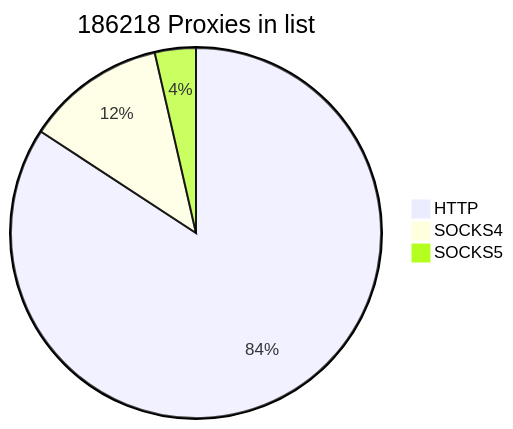
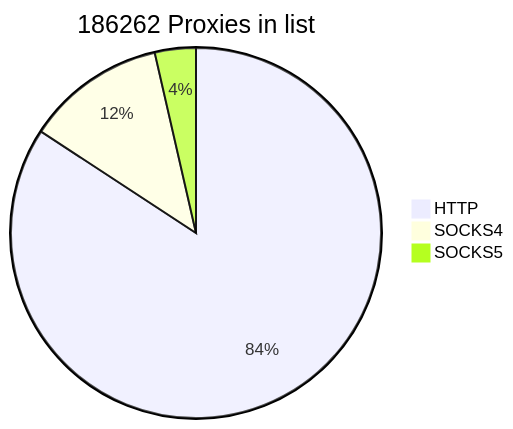
The first of 2 diagrams in README.md (cutipu/proxylist), drawn with Mermaid before and after one commit. The commit also changed other lines of this file, not shown here.

````diff
--- a/README.md
+++ b/README.md
@@ -2,7 +2,7 @@
 ```mermaid
-pie title 186218 Proxies in list
-    "HTTP" : 156831
-    "SOCKS4" : 22716
+pie title 186262 Proxies in list
+    "HTTP" : 156877
+    "SOCKS4" : 22714
     "SOCKS5" : 6671
             
 ```
````
